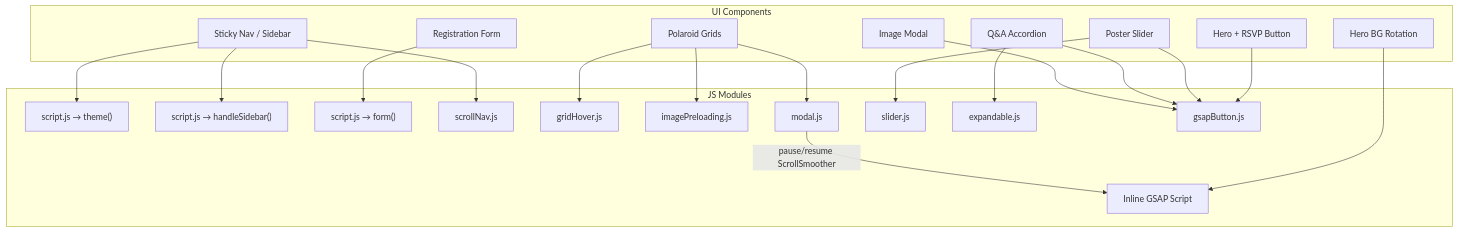
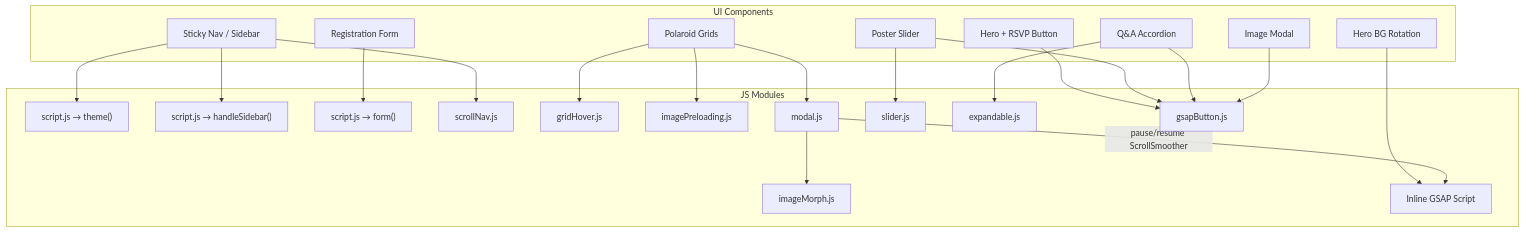
The third of 3 diagrams in README.md (hoangngo-sudo/drincatuic), drawn with Mermaid before and after one commit. The commit also changed other lines of this file, not shown here.

````diff
--- a/README.md
+++ b/README.md
@@ -165,43 +171,45 @@
 ```mermaid
 graph TB
     subgraph "UI Components"
         NAV[Sticky Nav / Sidebar]
         HERO[Hero + RSVP Button]
         BG[Hero BG Rotation]
         POLAROID[Polaroid Grids]
         SLIDER_UI[Poster Slider]
         ACCORDION[Q&A Accordion]
         MODAL_UI[Image Modal]
         FORM_UI[Registration Form]
     end
 
     subgraph "JS Modules"
         THEME["script.js → theme()"]
         SIDEBAR["script.js → handleSidebar()"]
         FORM_JS["script.js → form()"]
         SCROLLNAV_JS[scrollNav.js]
         HOVER[gridHover.js]
         PRELOAD[imagePreloading.js]
+        MORPH_JS[imageMorph.js]
         MODAL_JS[modal.js]
         SLIDER_JS[slider.js]
         EXPAND_JS[expandable.js]
         GSAPBTN[gsapButton.js]
         GSAP_INLINE[Inline GSAP Script]
     end
 
     NAV --> THEME
     NAV --> SIDEBAR
     NAV --> SCROLLNAV_JS
     POLAROID --> HOVER
     POLAROID --> MODAL_JS
     POLAROID --> PRELOAD
+    MODAL_JS --> MORPH_JS
     SLIDER_UI --> SLIDER_JS
     ACCORDION --> EXPAND_JS
     FORM_UI --> FORM_JS
     HERO --> GSAPBTN
     SLIDER_UI --> GSAPBTN
     ACCORDION --> GSAPBTN
     MODAL_UI --> GSAPBTN
     BG --> GSAP_INLINE
     MODAL_JS --> |pause/resume ScrollSmoother| GSAP_INLINE
 ```
````
